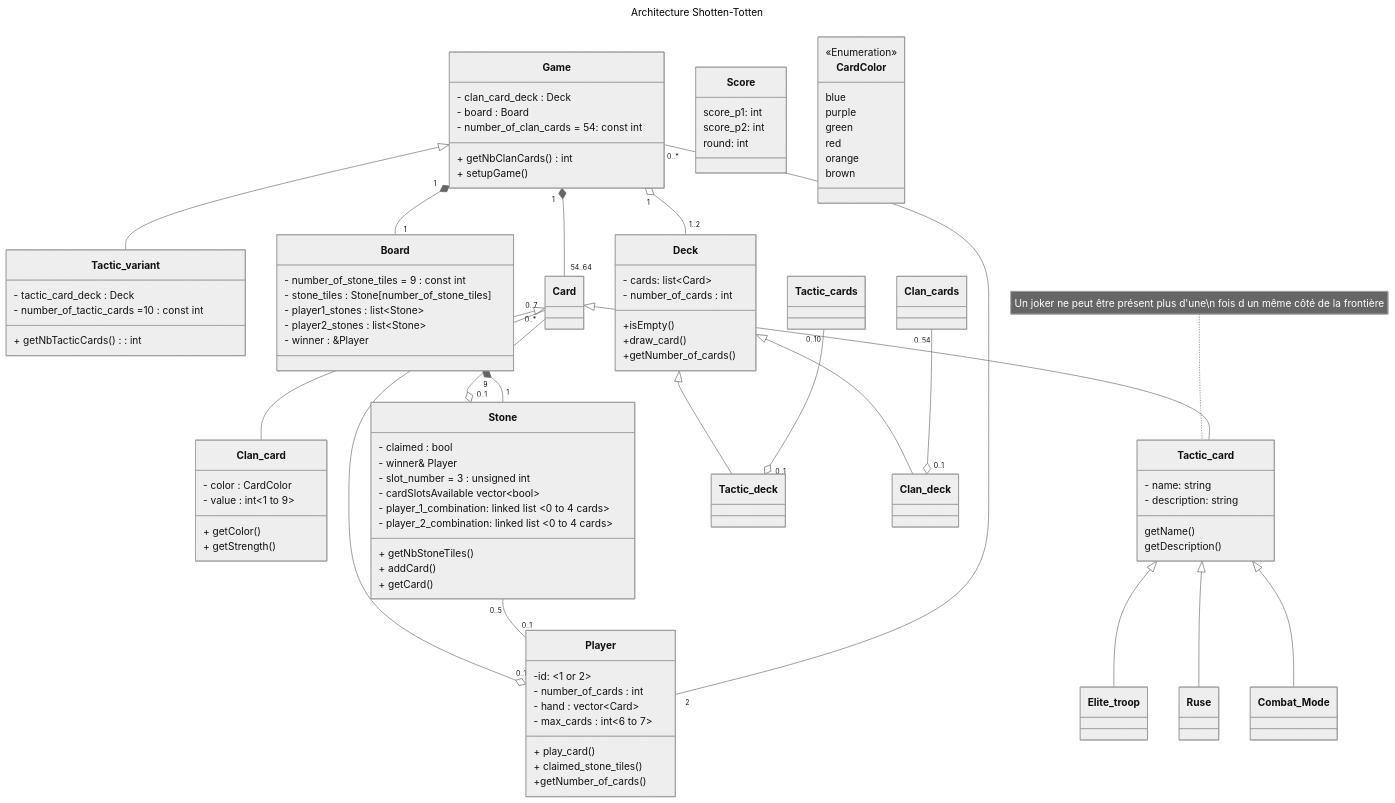
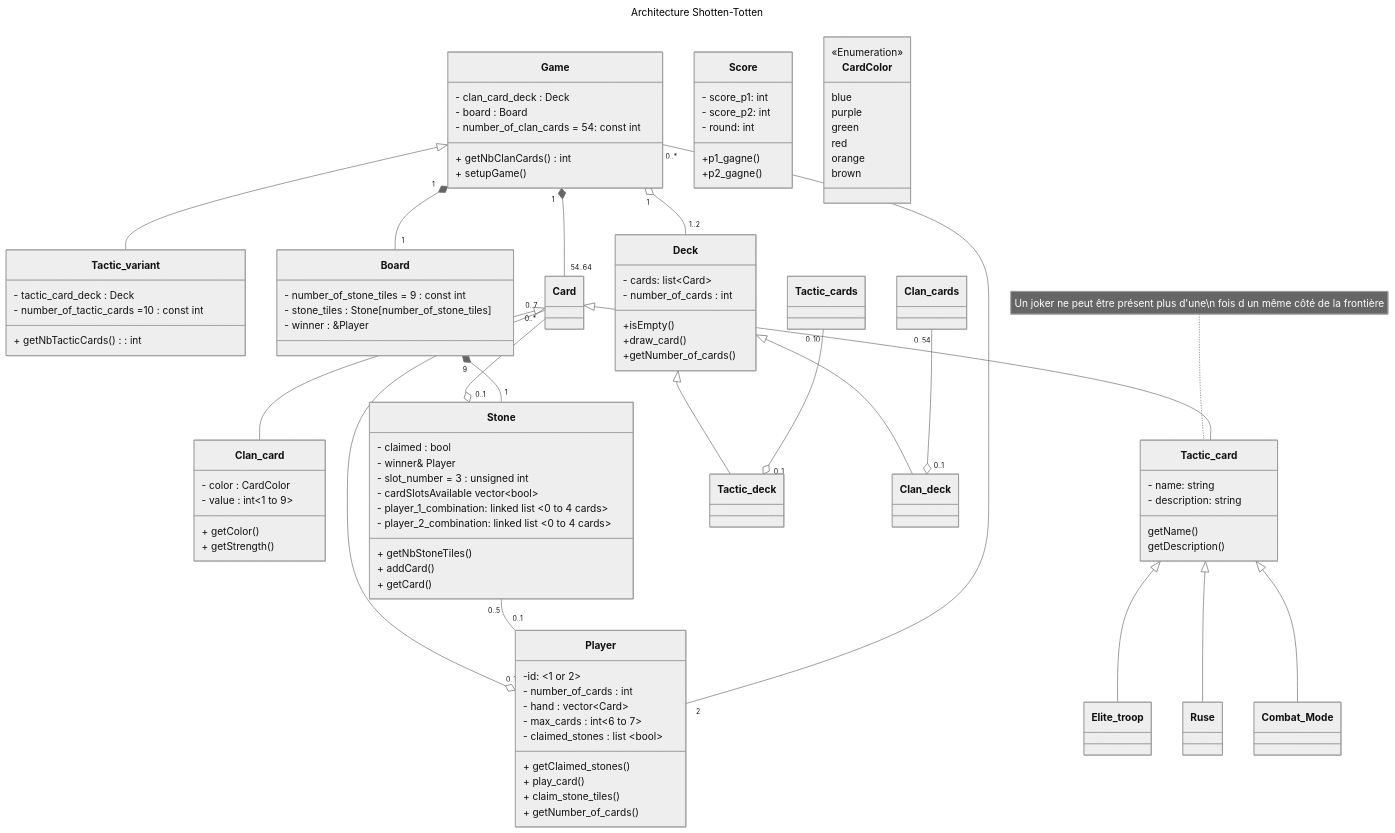
Before and after one commit to kilaposhi/Schotten-Totten: the first of 2 diagrams in Documentation/UML.md, drawn with Mermaid (neutral theme).

```diff
--- a/Documentation/UML.md
+++ b/Documentation/UML.md
@@ -53,8 +53,6 @@
 class Board {
     - number_of_stone_tiles = 9 : const int
     - stone_tiles : Stone[number_of_stone_tiles]
-    - player1_stones : list~Stone~
-    - player2_stones : list~Stone~
     - winner : &Player
 }
 
@@ -93,9 +91,11 @@
     - number_of_cards : int
     - hand : vector~Card~
     - max_cards : int<6 to 7>
+    - claimed_stones : list ~bool~
+    + getClaimed_stones()
     + play_card()
-    + claimed_stone_tiles()
-    +getNumber_of_cards() 
+    + claim_stone_tiles()
+    + getNumber_of_cards() 
 }
 
 class Deck{
@@ -112,10 +112,11 @@
     
     
 class Score{
-score_p1: int
-score_p2: int
-round: int
-
+- score_p1: int
+- score_p2: int
+- round: int
++p1_gagne()
++p2_gagne()
 }
 
 note for Tactic_card  "Un joker ne peut être présent plus d'une\n fois d un même côté de la frontière"
```
